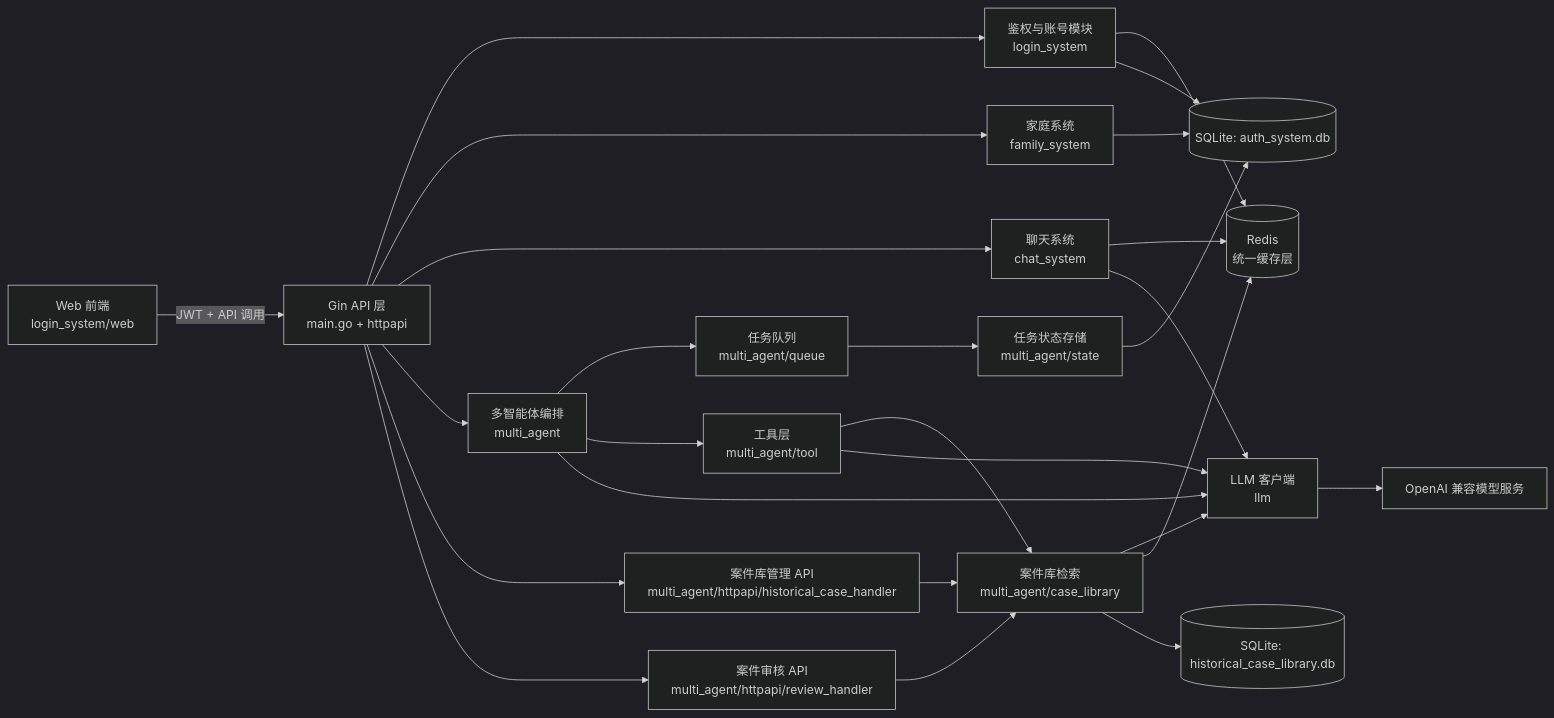
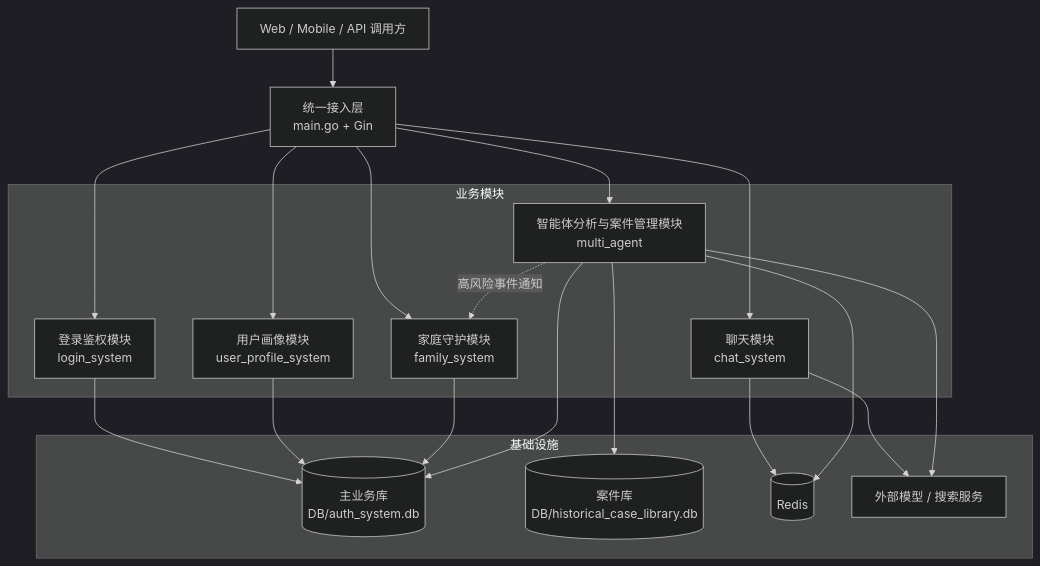
One commit to Yyzfddsdf/AntiFraud-AI-Assistant changed the first of 2 diagrams in README.md. Above: the diagram before and after it, drawn with Mermaid (dark theme). The commit also changed other lines of this file and 1 other file, not shown here.

First line of the commit message:
docs: 更新系统架构图和智能体交互图

````diff
--- a/README.md
+++ b/README.md
@@ -110,32 +110,39 @@
 ```mermaid
-flowchart LR
-    U[Web 前端<br/>login_system/web] -->|JWT + API 调用| G[Gin API 层<br/>main.go + httpapi]
-    G --> A[鉴权与账号模块<br/>login_system]
-    G --> F[家庭系统<br/>family_system]
-    G --> C[聊天系统<br/>chat_system]
-    G --> M[多智能体编排<br/>multi_agent]
-    G --> L[案件库管理 API<br/>multi_agent/httpapi/historical_case_handler]
-    G --> RV[案件审核 API<br/>multi_agent/httpapi/review_handler]
+flowchart TB
+    USER[Web / Mobile / API 调用方]
+    API[统一接入层<br/>main.go + Gin]
 
-    C --> R[(Redis<br/>统一缓存层)]
-    A --> R
-    C --> O[LLM 客户端<br/>llm]
+    subgraph Modules["业务模块"]
+        LOGIN[登录鉴权模块<br/>login_system]
+        PROFILE[用户画像模块<br/>user_profile_system]
+        FAMILY[家庭守护模块<br/>family_system]
+        CHAT[聊天模块<br/>chat_system]
+        AGENTSYS[智能体分析与案件管理模块<br/>multi_agent]
+    end
 
-    M --> Q[任务队列<br/>multi_agent/queue]
-    Q --> S[任务状态存储<br/>multi_agent/state]
-    M --> T[工具层<br/>multi_agent/tool]
-    T --> CL[案件库检索<br/>multi_agent/case_library]
-    M --> O
-    T --> O
-    CL --> O
-    CL --> R
+    subgraph Infra["基础设施"]
+        MAINDB[(主业务库<br/>DB/auth_system.db)]
+        HISTDB[(案件库<br/>DB/historical_case_library.db)]
+        REDIS[(Redis)]
+        EXT[外部模型 / 搜索服务]
+    end
 
-    A --> DB1[(SQLite: auth_system.db)]
-    F --> DB1
-    S --> DB1
-    CL --> DB2[(SQLite: historical_case_library.db)]
-    L --> CL
-    RV --> CL
+    USER --> API
+    API --> LOGIN
+    API --> PROFILE
+    API --> FAMILY
+    API --> CHAT
+    API --> AGENTSYS
 
-    O --> X[OpenAI 兼容模型服务]
+    LOGIN --> MAINDB
+    PROFILE --> MAINDB
+    FAMILY --> MAINDB
+    CHAT --> REDIS
+    CHAT --> EXT
+    AGENTSYS --> MAINDB
+    AGENTSYS --> HISTDB
+    AGENTSYS --> REDIS
+    AGENTSYS --> EXT
+
+    AGENTSYS -. 高风险事件通知 .-> FAMILY
 ```
````
